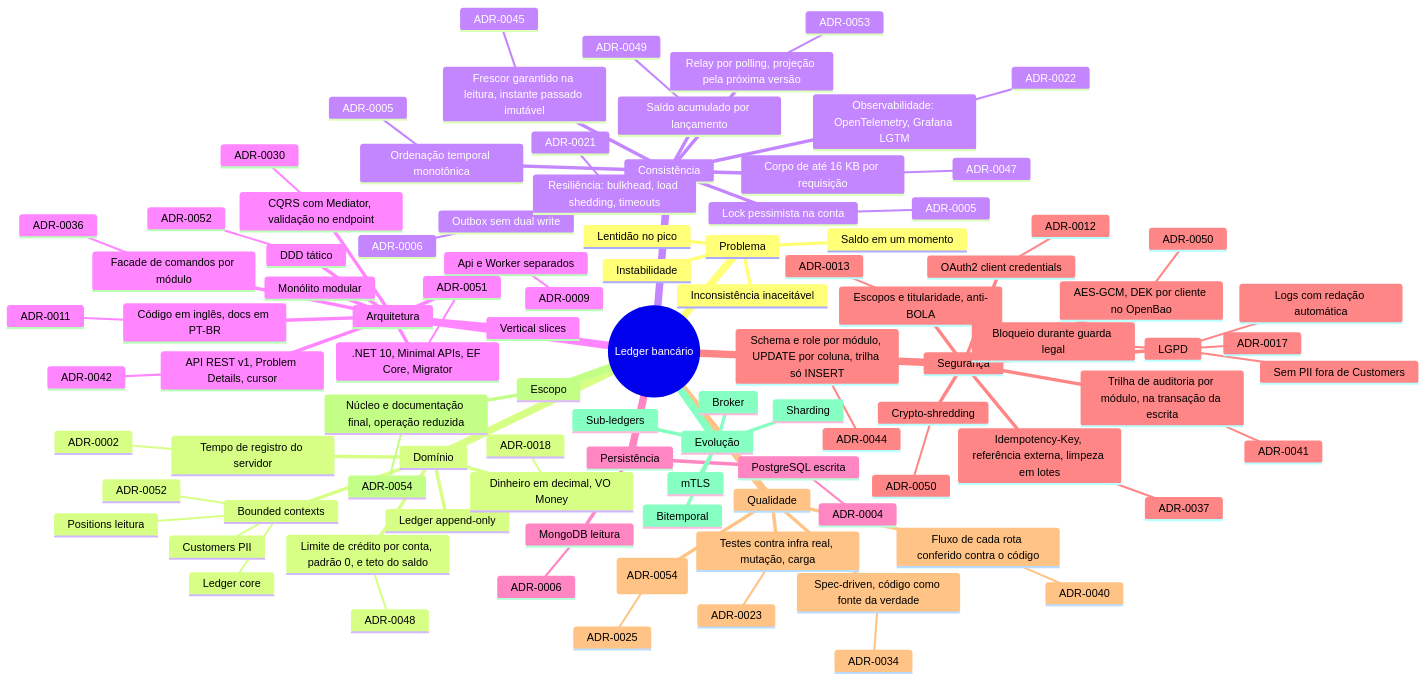
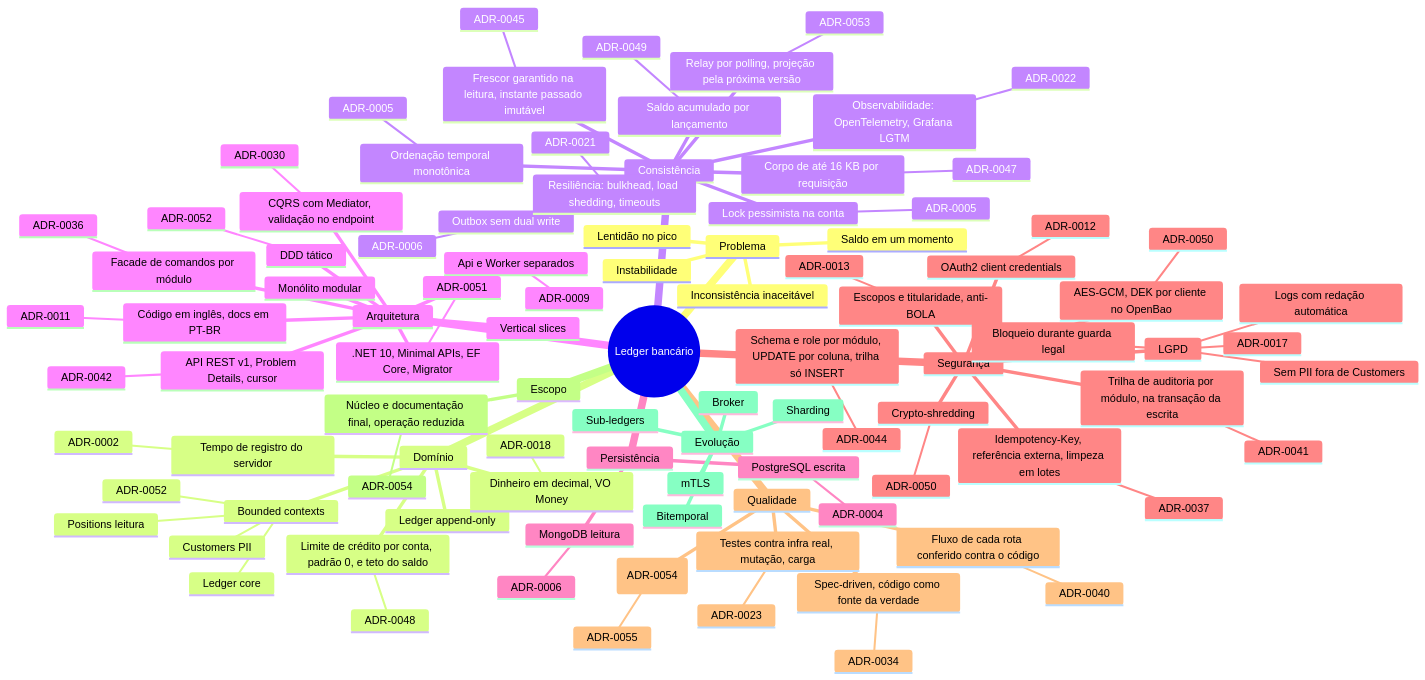
The first of 2 diagrams in docs/mapa-de-decisoes.md (arthuurw/desafio-arquiteto-keyrus), drawn with Mermaid before and after one commit. The commit also changed other lines of this file and 23 other files, not shown here.

```diff
--- a/docs/mapa-de-decisoes.md
+++ b/docs/mapa-de-decisoes.md
@@ -111,7 +111,7 @@
       Fluxo de cada rota conferido contra o código
         ADR-0040
       Zero warnings, NuGet Audit, CI; CodeQL fora da entrega (ADR-0054)
-        ADR-0025
+        ADR-0055
     Escopo
       Núcleo e documentação final, operação reduzida
         ADR-0054
```
